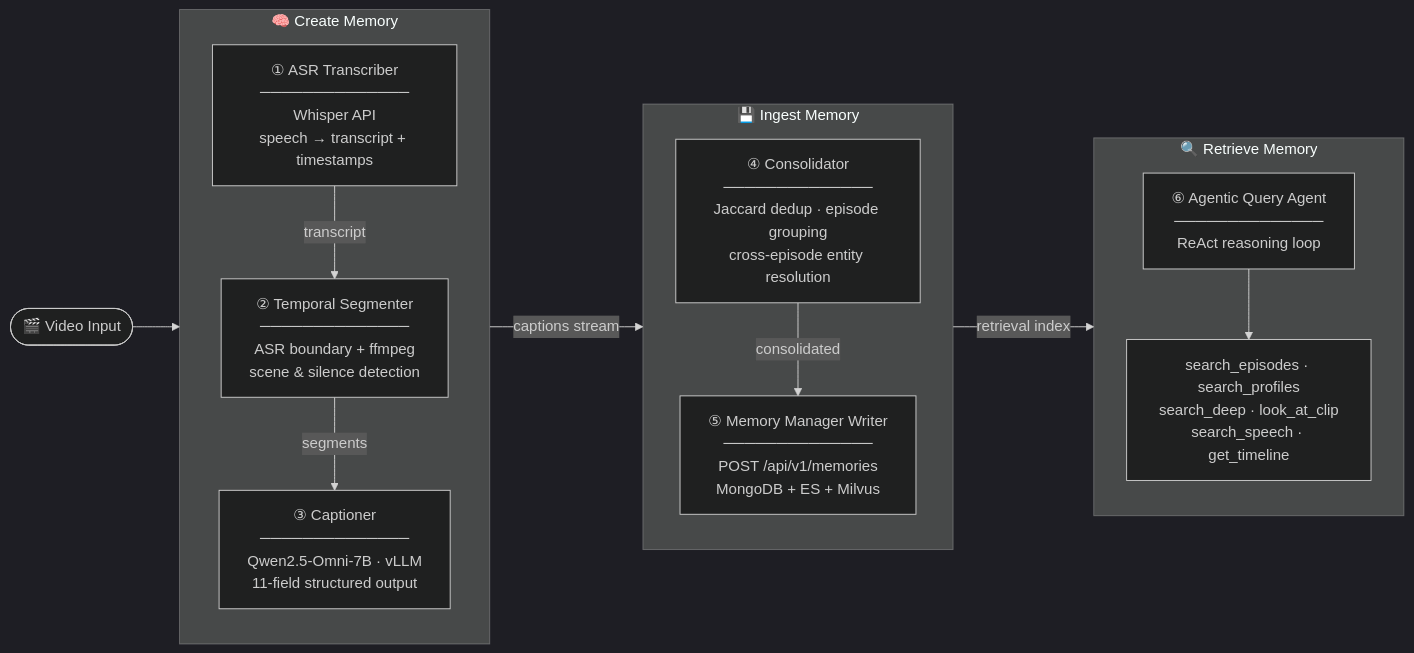
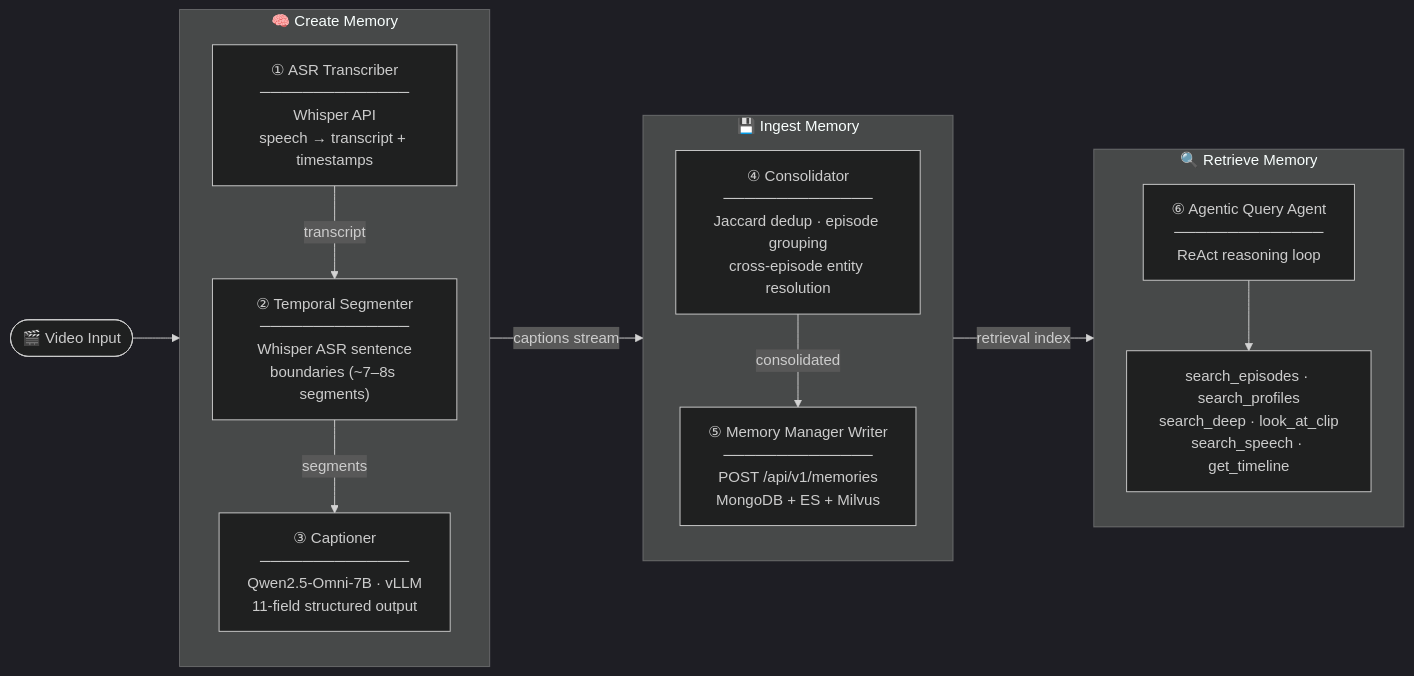
The first of 2 diagrams in README.md (No00el/VidEngram), drawn with Mermaid (dark theme) before and after one commit. The commit also changed other lines of this file, not shown here.

````diff
--- a/README.md
+++ b/README.md
@@ -33,50 +33,50 @@
 ```mermaid
 flowchart LR
     VID([🎬 Video Input])
 
     subgraph CREATE["🧠  Create Memory"]
         direction TB
         A["① ASR Transcriber
 ──────────────
 Whisper API
 speech → transcript + timestamps"]
         B["② Temporal Segmenter
 ──────────────
-ASR boundary + ffmpeg
-scene & silence detection"]
+Whisper ASR sentence
+boundaries (~7–8s segments)"]
         C["③ Captioner
 ──────────────
 Qwen2.5-Omni-7B · vLLM
 11-field structured output"]
         A -->|transcript| B
         B -->|segments| C
     end
 
     subgraph INGEST["💾  Ingest Memory"]
         direction TB
         D["④ Consolidator
 ──────────────
 Jaccard dedup · episode grouping
 cross-episode entity resolution"]
         E["⑤ Memory Manager Writer
 ──────────────
 POST /api/v1/memories
 MongoDB + ES + Milvus"]
         D -->|consolidated| E
     end
 
     subgraph RETRIEVE["🔍  Retrieve Memory"]
         direction TB
         F["⑥ Agentic Query Agent
 ──────────────
 ReAct reasoning loop"]
         G["search_episodes · search_profiles
 search_deep · look_at_clip
 search_speech · get_timeline"]
         F --> G
     end
 
     VID --> CREATE
     CREATE -->|captions stream| INGEST
     INGEST -->|retrieval index| RETRIEVE
 ```
````
